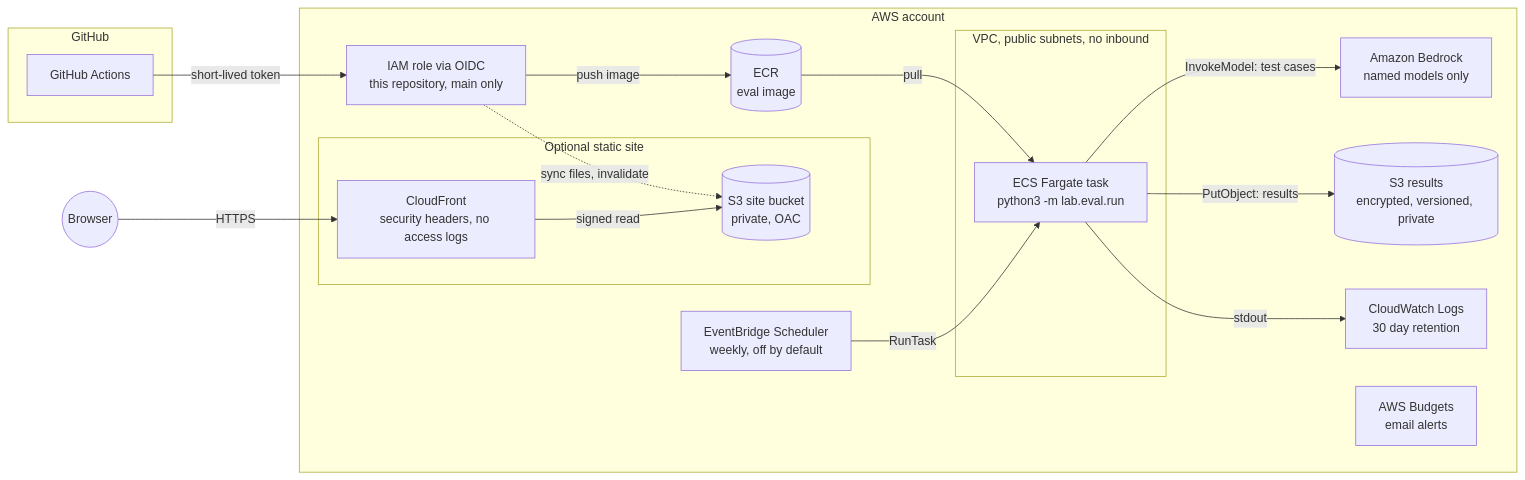
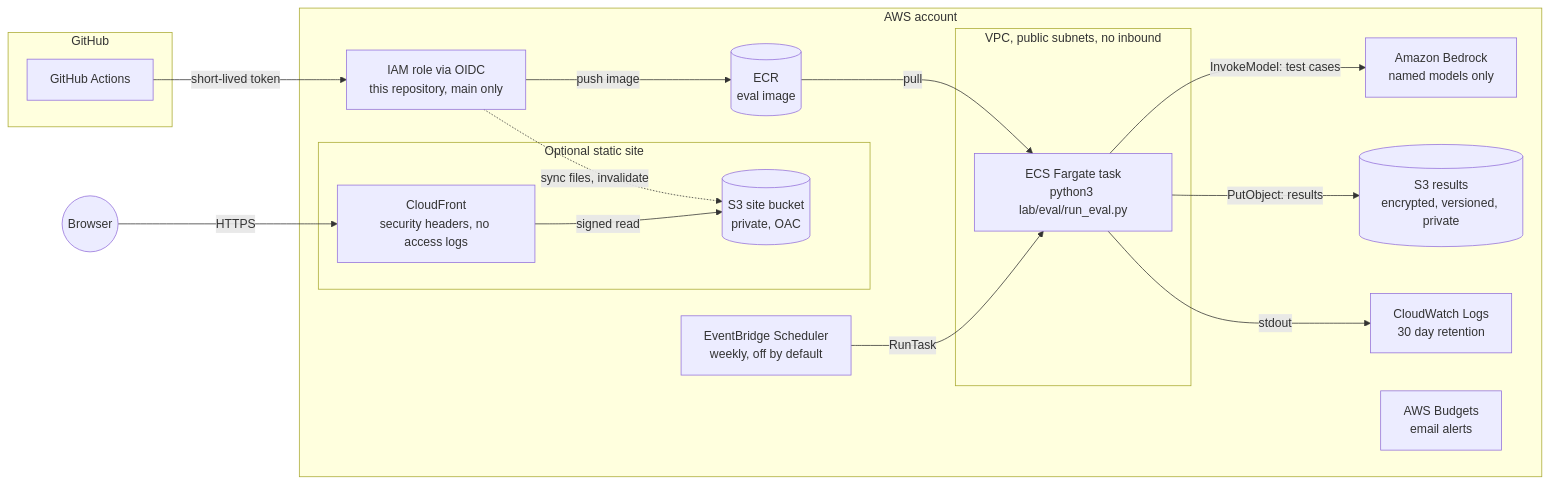
One commit to jen900704/murmur-voice-journal changed the diagram in infra/README.md. Above: the diagram before and after it, drawn with Mermaid. The commit also changed 15 other files, not shown here.

First line of the commit message:
Back button steps back inside flows; lazy-load new features; architecture doc

````diff
--- a/infra/README.md
+++ b/infra/README.md
@@ -33,34 +33,34 @@
 ```mermaid
 flowchart LR
   subgraph GitHub
     GA[GitHub Actions]
   end
 
   subgraph AWS["AWS account"]
     OIDC[IAM role via OIDC<br/>this repository, main only]
     ECR[(ECR<br/>eval image)]
     SCH[EventBridge Scheduler<br/>weekly, off by default]
     subgraph VPC["VPC, public subnets, no inbound"]
-      TASK[ECS Fargate task<br/>python3 -m lab.eval.run]
+      TASK[ECS Fargate task<br/>python3 lab/eval/run_eval.py]
     end
     BR[Amazon Bedrock<br/>named models only]
     S3R[(S3 results<br/>encrypted, versioned, private)]
     CWL[CloudWatch Logs<br/>30 day retention]
     BUD[AWS Budgets<br/>email alerts]
     subgraph SITE["Optional static site"]
       CF[CloudFront<br/>security headers, no access logs]
       S3S[(S3 site bucket<br/>private, OAC)]
     end
   end
 
   GA -- short-lived token --> OIDC
   OIDC -- push image --> ECR
   OIDC -. "sync files, invalidate" .-> S3S
   SCH -- RunTask --> TASK
   ECR -- pull --> TASK
   TASK -- "InvokeModel: test cases" --> BR
   TASK -- "PutObject: results" --> S3R
   TASK -- stdout --> CWL
   Browser((Browser)) -- HTTPS --> CF
   CF -- signed read --> S3S
 ```
````
